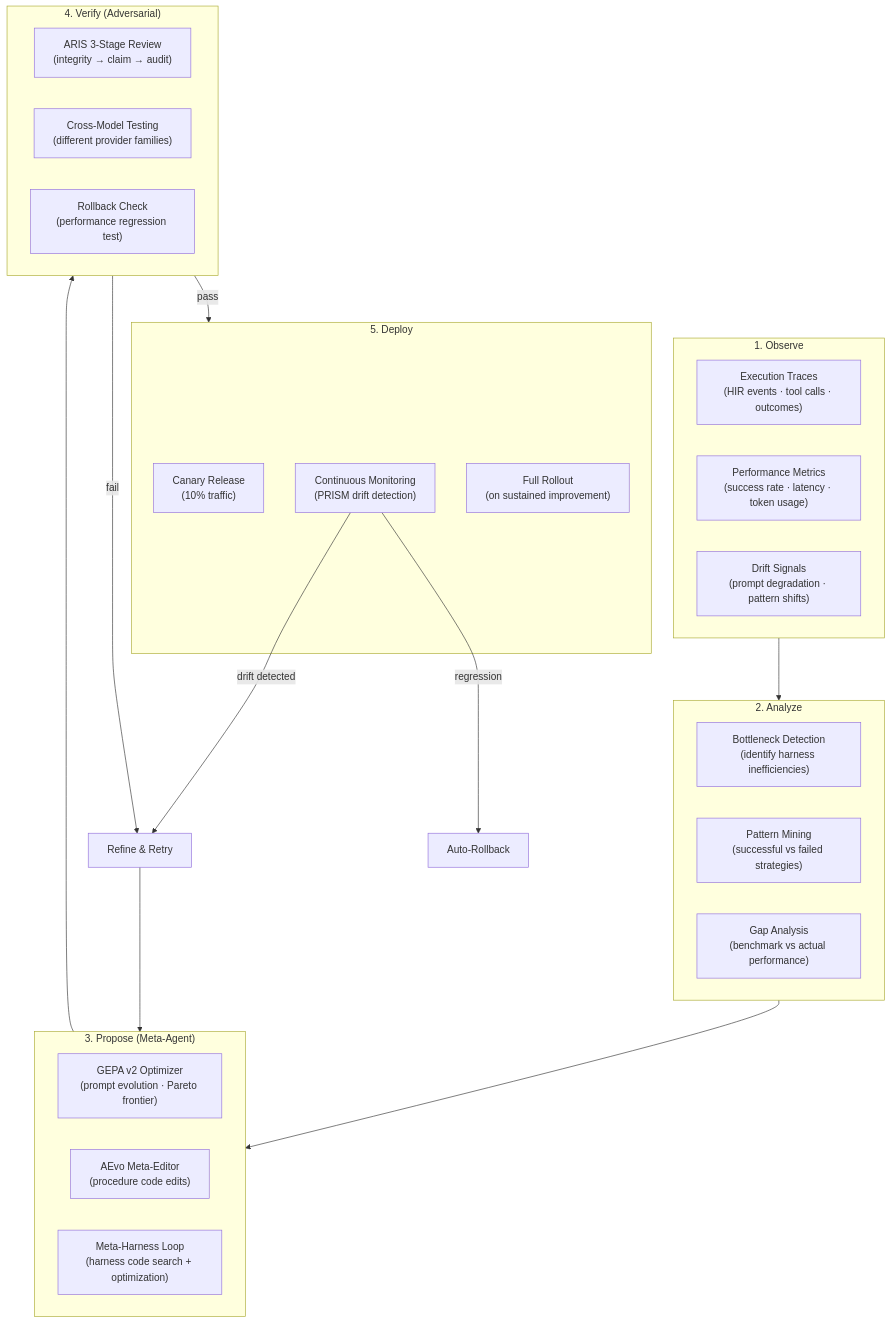
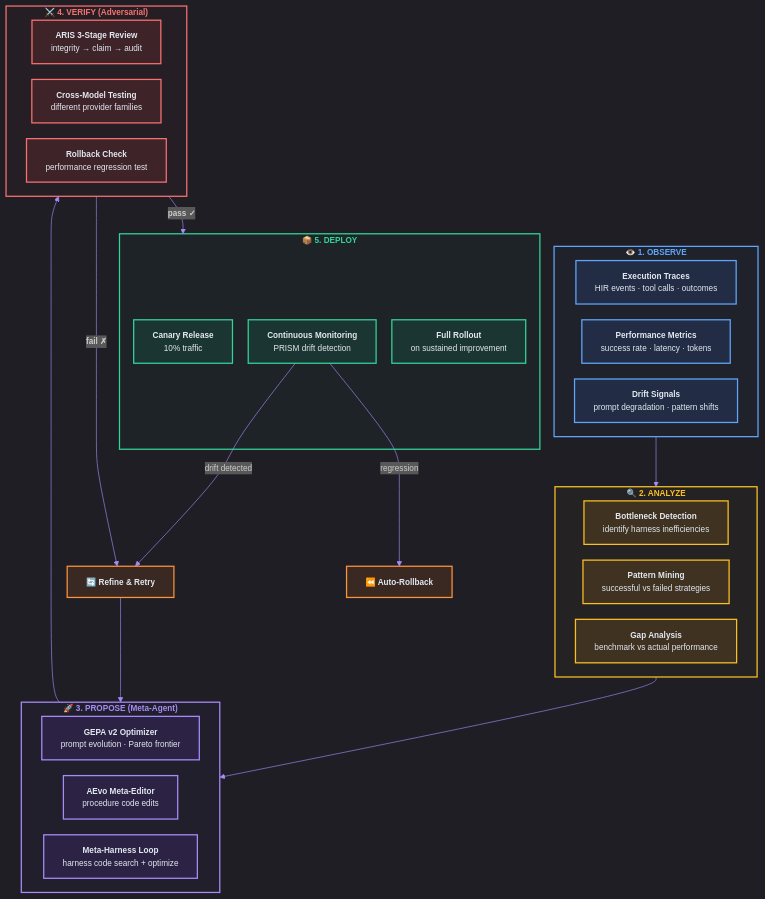
One commit to ndqkhanh/lyra changed the fifth of 6 diagrams in README.md. Above: the diagram before and after it, drawn with Mermaid. The commit also changed other lines of this file, not shown here.

First line of the commit message:
docs: Enhance all 6 mermaid diagrams with dark theme, color-coded layers, icons, and styled nodes

````diff
--- a/README.md
+++ b/README.md
@@ -294,39 +374,60 @@
 ```mermaid
+%%{init: {'theme': 'dark', 'themeVariables': {'primaryColor': '#8b5cf6', 'lineColor': '#a78bfa', 'fontSize': '13px'}, 'flowchart': {'nodeSpacing': 25, 'rankSpacing': 40}}}%%
 flowchart TB
-    subgraph Observe["1. Observe"]
-        Traces["Execution Traces<br/>(HIR events · tool calls · outcomes)"]
-        Metrics["Performance Metrics<br/>(success rate · latency · token usage)"]
-        Drift["Drift Signals<br/>(prompt degradation · pattern shifts)"]
+    subgraph Observe["<b style='color:#60a5fa;'>👁️ 1. OBSERVE</b>"]
+        Traces["<b>Execution Traces</b><br/>HIR events · tool calls · outcomes"]
+        Metrics["<b>Performance Metrics</b><br/>success rate · latency · tokens"]
+        Drift["<b>Drift Signals</b><br/>prompt degradation · pattern shifts"]
     end
 
-    subgraph Analyze["2. Analyze"]
-        Bottleneck["Bottleneck Detection<br/>(identify harness inefficiencies)"]
-        Pattern["Pattern Mining<br/>(successful vs failed strategies)"]
-        Gap["Gap Analysis<br/>(benchmark vs actual performance)"]
+    subgraph Analyze["<b style='color:#fbbf24;'>🔍 2. ANALYZE</b>"]
+        Bottleneck["<b>Bottleneck Detection</b><br/>identify harness inefficiencies"]
+        Pattern["<b>Pattern Mining</b><br/>successful vs failed strategies"]
+        Gap["<b>Gap Analysis</b><br/>benchmark vs actual performance"]
     end
 
-    subgraph Propose["3. Propose (Meta-Agent)"]
-        GEPA["GEPA v2 Optimizer<br/>(prompt evolution · Pareto frontier)"]
-        AEvo["AEvo Meta-Editor<br/>(procedure code edits)"]
-        Harness["Meta-Harness Loop<br/>(harness code search + optimization)"]
+    subgraph Propose["<b style='color:#a78bfa;'>🚀 3. PROPOSE (Meta-Agent)</b>"]
+        GEPA["<b>GEPA v2 Optimizer</b><br/>prompt evolution · Pareto frontier"]
+        AEvo["<b>AEvo Meta-Editor</b><br/>procedure code edits"]
+        Harness["<b>Meta-Harness Loop</b><br/>harness code search + optimize"]
     end
 
-    subgraph Verify["4. Verify (Adversarial)"]
-        ARIS["ARIS 3-Stage Review<br/>(integrity → claim → audit)"]
-        CrossModel["Cross-Model Testing<br/>(different provider families)"]
-        Rollback["Rollback Check<br/>(performance regression test)"]
+    subgraph Verify["<b style='color:#f87171;'>⚔️ 4. VERIFY (Adversarial)</b>"]
+        ARIS["<b>ARIS 3-Stage Review</b><br/>integrity → claim → audit"]
+        CrossModel["<b>Cross-Model Testing</b><br/>different provider families"]
+        Rollback["<b>Rollback Check</b><br/>performance regression test"]
     end
 
-    subgraph Deploy2["5. Deploy"]
-        Canary["Canary Release<br/>(10% traffic)"]
-        Monitor["Continuous Monitoring<br/>(PRISM drift detection)"]
-        FullDeploy["Full Rollout<br/>(on sustained improvement)"]
+    subgraph Deploy2["<b style='color:#34d399;'>📦 5. DEPLOY</b>"]
+        Canary["<b>Canary Release</b><br/>10% traffic"]
+        Monitor["<b>Continuous Monitoring</b><br/>PRISM drift detection"]
+        FullDeploy["<b>Full Rollout</b><br/>on sustained improvement"]
     end
 
     Observe --> Analyze --> Propose --> Verify
-    Verify -->|"pass"| Deploy2
-    Verify -->|"fail"| Refine["Refine & Retry"]
+    Verify -->|<b>pass ✓</b>| Deploy2
+    Verify -->|<b>fail ✗</b>| Refine["<b>🔄 Refine & Retry</b>"]
     Refine --> Propose
-    Monitor -->|"regression"| Rollback2["Auto-Rollback"]
-    Monitor -->|"drift detected"| Refine
+    Monitor -->|regression| Rollback2["<b>⏪ Auto-Rollback</b>"]
+    Monitor -->|drift detected| Refine
+
+    classDef observe fill:#3b82f620,stroke:#60a5fa,stroke-width:2px,color:#e2e8f0
+    classDef analyze fill:#f59e0b20,stroke:#fbbf24,stroke-width:2px,color:#e2e8f0
+    classDef propose fill:#7c3aed20,stroke:#a78bfa,stroke-width:2px,color:#e2e8f0
+    classDef verify fill:#ef444420,stroke:#f87171,stroke-width:2px,color:#e2e8f0
+    classDef deploy fill:#10b98120,stroke:#34d399,stroke-width:2px,color:#e2e8f0
+    classDef retry fill:#f9731620,stroke:#fb923c,stroke-width:2px,color:#e2e8f0
+
+    class Traces,Metrics,Drift observe
+    class Bottleneck,Pattern,Gap analyze
+    class GEPA,AEvo,Harness propose
+    class ARIS,CrossModel,Rollback verify
+    class Canary,Monitor,FullDeploy deploy
+    class Refine,Rollback2 retry
+
+    style Observe fill:#3b82f608,stroke:#60a5fa,stroke-width:2px
+    style Analyze fill:#f59e0b08,stroke:#fbbf24,stroke-width:2px
+    style Propose fill:#7c3aed08,stroke:#a78bfa,stroke-width:2px
+    style Verify fill:#ef444408,stroke:#f87171,stroke-width:2px
+    style Deploy2 fill:#10b98108,stroke:#34d399,stroke-width:2px
 ```
````
